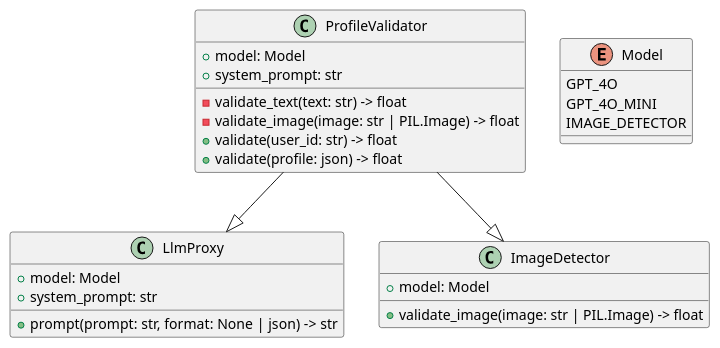
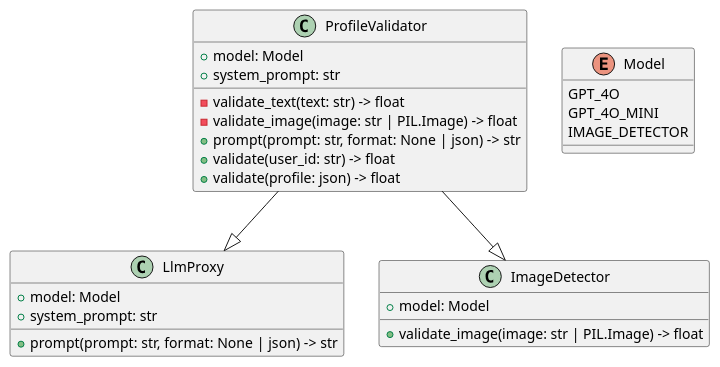
The diagram in README.md (CS-130-Organization/profile-validation), drawn with PlantUML before and after one commit.

Commit message:
misc: added UML Class Diagram snippet, requires ext to render

````diff
--- a/README.md
+++ b/README.md
@@ -36,32 +36,33 @@
 ```plantuml
 @startuml
 class LlmProxy {
    + model: Model
    + system_prompt: str
    + prompt(prompt: str, format: None | json) -> str
 }
 
 class ProfileValidator {
    + model: Model
    + system_prompt: str
    - validate_text(text: str) -> float
    - validate_image(image: str | PIL.Image) -> float
+   + prompt(prompt: str, format: None | json) -> str
    + validate(user_id: str) -> float
    + validate(profile: json) -> float
 }
 
 class ImageDetector {
    + model: Model
    + validate_image(image: str | PIL.Image) -> float
 }
 
 ProfileValidator --|> LlmProxy
 ProfileValidator --|> ImageDetector
 
 enum Model {
    GPT_4O
    GPT_4O_MINI
    IMAGE_DETECTOR
 }
 @enduml
 ```
````
